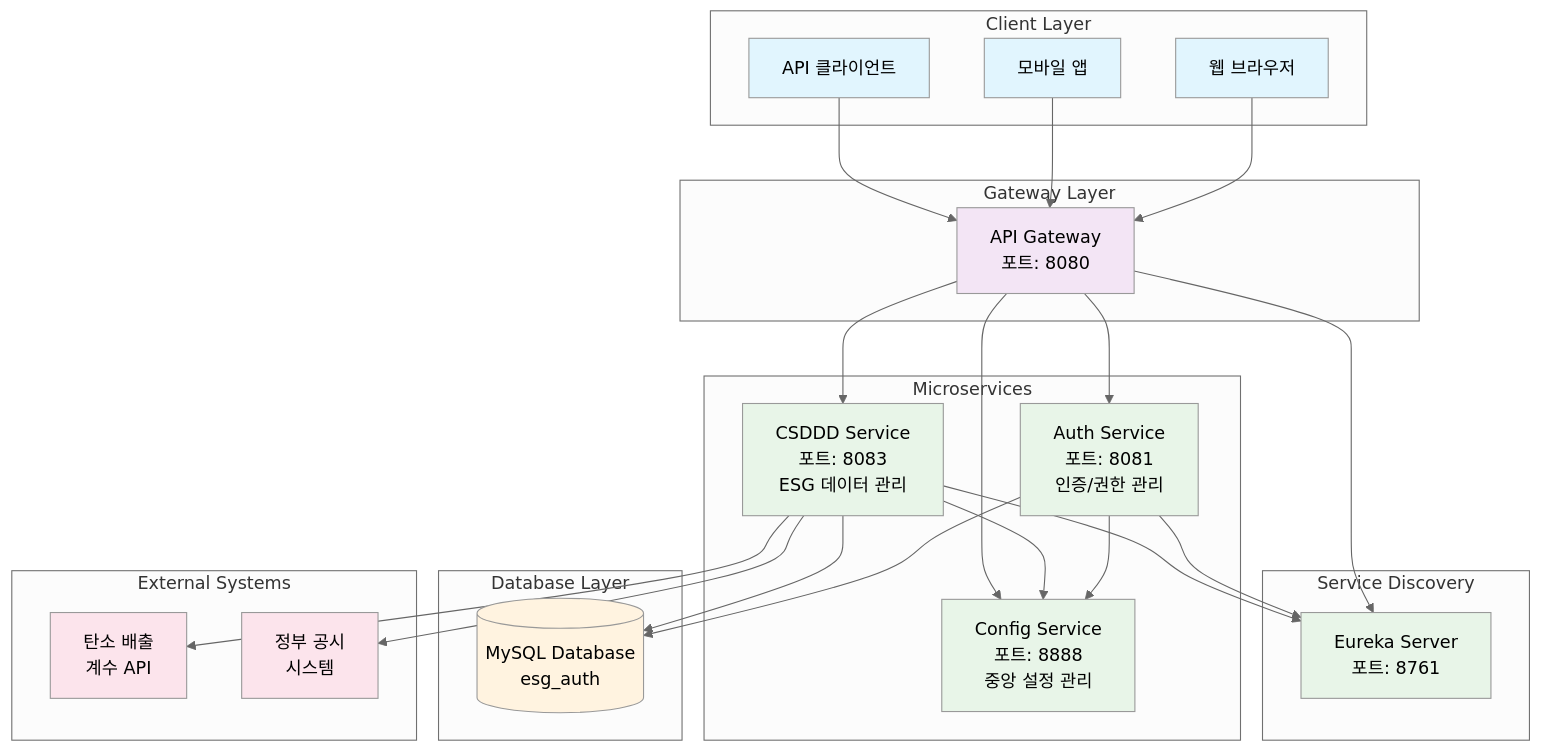
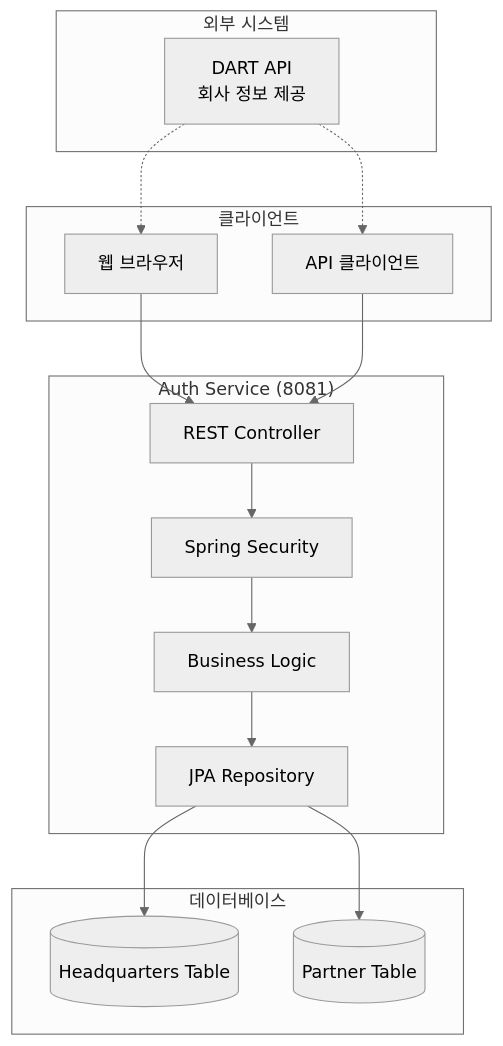
One commit to NSMM-v2/auth-service changed the first of 2 diagrams in README.md. Above: the diagram before and after it, drawn with Mermaid (neutral theme). The commit also changed other lines of this file and 23 other files, not shown here.

Commit message:
[feat] DART API 연동을 위한 DTO 구조 개선 및 API 단순화 - PartnerCreateRequest를 DART API 요구사항에 맞게 수정 - UUID, contactPerson, companyName, address 필드 중심으로 재구성 - 불필요한 API 엔드포인트 제거 (/first-level, /{parentId}/sub-partners) - /create-by-uuid 하나로 모든 협력사 생성 통합 - 사용하지 않는 DTO 클래스 제거

````diff
--- a/README.md
+++ b/README.md
@@ -25,64 +43,36 @@
 ```mermaid
 graph TB
-    subgraph "Client Layer"
+    subgraph "클라이언트"
         WEB[웹 브라우저]
-        MOBILE[모바일 앱]
-        API_CLIENT[API 클라이언트]
+        API[API 클라이언트]
     end
 
-    subgraph "Gateway Layer"
-        GATEWAY[API Gateway<br/>포트: 8080]
+    subgraph "Auth Service (8081)"
+        CONTROLLER[REST Controller]
+        SERVICE[Business Logic]
+        SECURITY[Spring Security]
+        REPOSITORY[JPA Repository]
     end
 
-    subgraph "Service Discovery"
-        EUREKA[Eureka Server<br/>포트: 8761]
+    subgraph "외부 시스템"
+        DART[DART API<br/>회사 정보 제공]
     end
 
-    subgraph "Microservices"
-        AUTH[Auth Service<br/>포트: 8081<br/>인증/권한 관리]
-        CSDDD[CSDDD Service<br/>포트: 8083<br/>ESG 데이터 관리]
-        CONFIG[Config Service<br/>포트: 8888<br/>중앙 설정 관리]
+    subgraph "데이터베이스"
+        HQ_TABLE[(Headquarters Table)]
+        PARTNER_TABLE[(Partner Table)]
     end
 
-    subgraph "Database Layer"
-        MYSQL[(MySQL Database<br/>esg_auth)]
-    end
+    WEB --> CONTROLLER
+    API --> CONTROLLER
 
-    subgraph "External Systems"
-        CARBON_API[탄소 배출<br/>계수 API]
-        GOV_API[정부 공시<br/>시스템]
-    end
+    CONTROLLER --> SECURITY
+    SECURITY --> SERVICE
+    SERVICE --> REPOSITORY
 
-    WEB --> GATEWAY
-    MOBILE --> GATEWAY
-    API_CLIENT --> GATEWAY
+    REPOSITORY --> HQ_TABLE
+    REPOSITORY --> PARTNER_TABLE
 
-    GATEWAY --> AUTH
-    GATEWAY --> CSDDD
-
-    AUTH --> EUREKA
-    CSDDD --> EUREKA
-    GATEWAY --> EUREKA
-
-    AUTH --> CONFIG
-    CSDDD --> CONFIG
-    GATEWAY --> CONFIG
-
-    AUTH --> MYSQL
-    CSDDD --> MYSQL
-
-    CSDDD --> CARBON_API
-    CSDDD --> GOV_API
-
-    classDef client fill:#e1f5fe
-    classDef gateway fill:#f3e5f5
-    classDef service fill:#e8f5e8
-    classDef database fill:#fff3e0
-    classDef external fill:#fce4ec
-
-    class WEB,MOBILE,API_CLIENT client
-    class GATEWAY gateway
-    class AUTH,CSDDD,CONFIG,EUREKA service
-    class MYSQL database
-    class CARBON_API,GOV_API external
+    DART -.-> WEB
+    DART -.-> API
 ```
````
